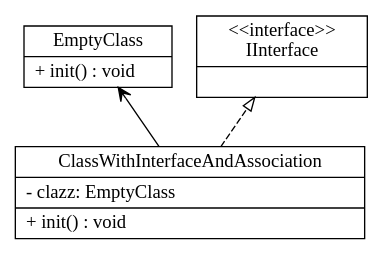
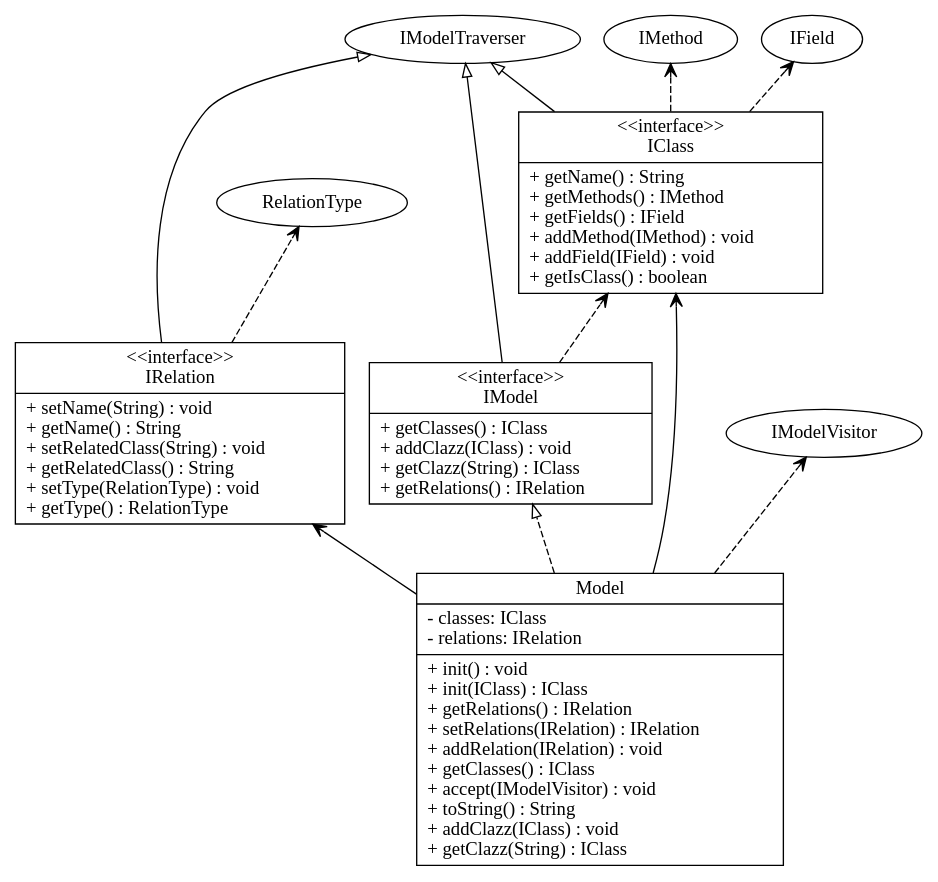
Before and after one commit to tpunt3/Csse374: the diagram in input_output/test.gv, drawn with Graphviz. The commit also changed 15 other files, not shown here.

```diff
--- a/input_output/test.gv
+++ b/input_output/test.gv
@@ -1,21 +1,35 @@
 digraph model{
 rankdir = BT;
-ClassWithInterfaceAndAssociation [
+Model [
 shape="record",
-label = "{ClassWithInterfaceAndAssociation| - clazz: EmptyClass\l|+ init() : void\l}"
+label = "{Model| - classes: IClass\l- relations: IRelation\l|+ init() : void\l+ init(IClass) : IClass\l+ getRelations() : IRelation\l+ setRelations(IRelation) : IRelation\l+ addRelation(IRelation) : void\l+ getClasses() : IClass\l+ accept(IModelVisitor) : void\l+ toString() : String\l+ addClazz(IClass) : void\l+ getClazz(String) : IClass\l}"
 ];
 
-EmptyClass [
+IModel [
 shape="record",
-label = "{EmptyClass| + init() : void\l}"
+label = "{\<\<interface\>\>\nIModel| + getClasses() : IClass\l+ addClazz(IClass) : void\l+ getClazz(String) : IClass\l+ getRelations() : IRelation\l}"
 ];
 
-IInterface [
+IClass [
 shape="record",
-label = "{\<\<interface\>\>\nIInterface| }"
+label = "{\<\<interface\>\>\nIClass| + getName() : String\l+ getMethods() : IMethod\l+ getFields() : IField\l+ addMethod(IMethod) : void\l+ addField(IField) : void\l+ getIsClass() : boolean\l}"
+];
+
+IRelation [
+shape="record",
+label = "{\<\<interface\>\>\nIRelation| + setName(String) : void\l+ getName() : String\l+ setRelatedClass(String) : void\l+ getRelatedClass() : String\l+ setType(RelationType) : void\l+ getType() : RelationType\l}"
 ];
 
 //writing relations between classes now
-ClassWithInterfaceAndAssociation -> IInterface [arrowhead = "empty", style = "dashed"];
-ClassWithInterfaceAndAssociation -> EmptyClass [arrowhead = "vee"];
+Model -> IModel [arrowhead = "empty", style = "dashed"];
+Model -> IRelation [arrowhead = "vee"];
+Model -> IModelVisitor [arrowhead = "vee", style = "dashed"];
+Model -> IClass [arrowhead = "vee"];
+IModel -> IModelTraverser [arrowhead = "empty"];
+IModel -> IClass [arrowhead = "vee", style = "dashed"];
+IClass -> IModelTraverser [arrowhead = "empty"];
+IClass -> IMethod [arrowhead = "vee", style = "dashed"];
+IClass -> IField [arrowhead = "vee", style = "dashed"];
+IRelation -> IModelTraverser [arrowhead = "empty"];
+IRelation -> RelationType [arrowhead = "vee", style = "dashed"];
 }
```
